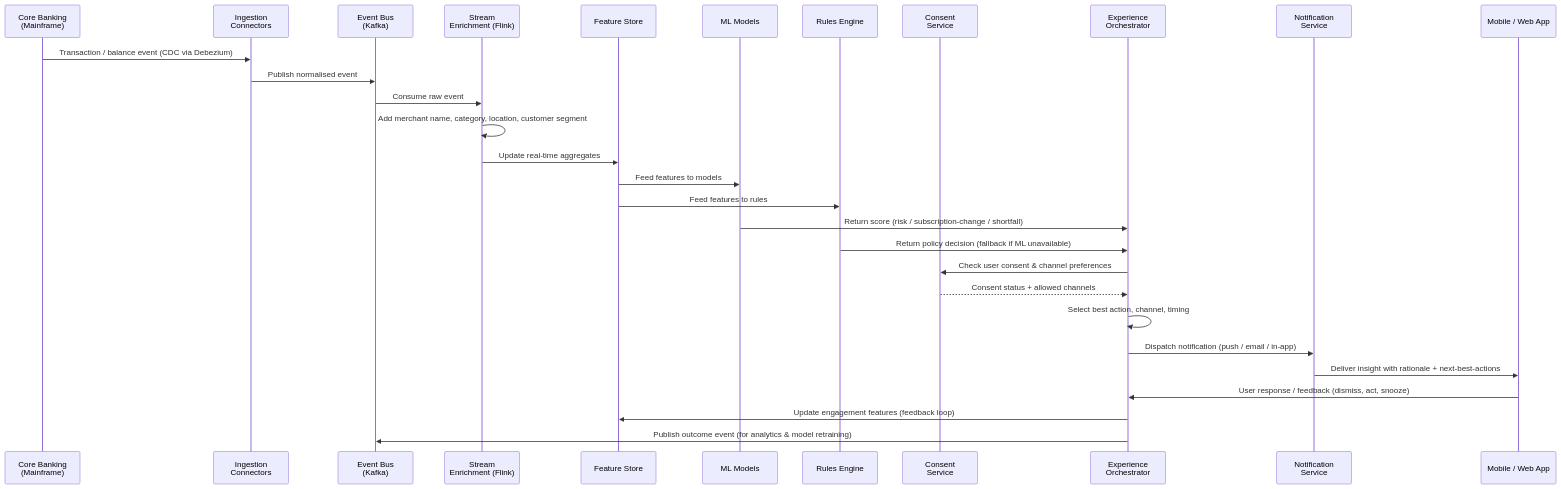
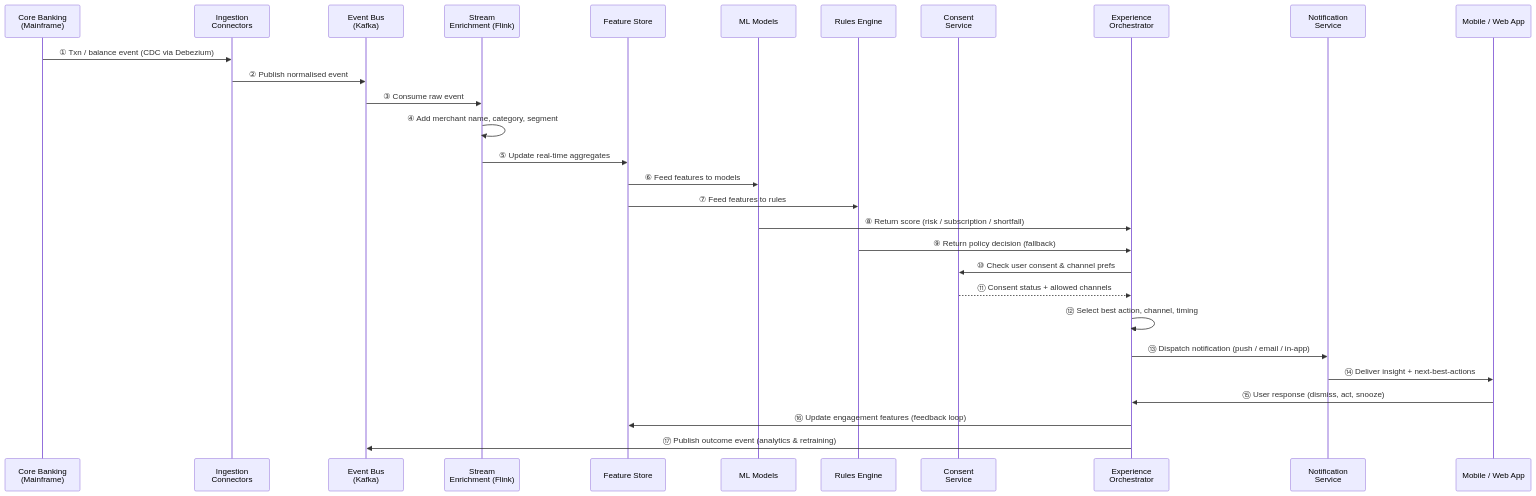
The second of 3 diagrams in module1-case-study.md (sameerrao20118/EAEP), drawn with Mermaid before and after one commit. The commit also changed other lines of this file, not shown here.

````diff
--- a/module1-case-study.md
+++ b/module1-case-study.md
@@ -280,32 +338,32 @@
 ```mermaid
 sequenceDiagram
     participant Core as Core Banking<br/>(Mainframe)
     participant Ingest as Ingestion<br/>Connectors
     participant Bus as Event Bus<br/>(Kafka)
     participant Enrich as Stream<br/>Enrichment (Flink)
     participant FS as Feature Store
     participant ML as ML Models
     participant Rules as Rules Engine
     participant Consent as Consent<br/>Service
     participant Orch as Experience<br/>Orchestrator
     participant Notif as Notification<br/>Service
     participant App as Mobile / Web App
 
-    Core->>Ingest: Transaction / balance event (CDC via Debezium)
-    Ingest->>Bus: Publish normalised event
-    Bus->>Enrich: Consume raw event
-    Enrich->>Enrich: Add merchant name, category, location, customer segment
-    Enrich->>FS: Update real-time aggregates
-    FS->>ML: Feed features to models
-    FS->>Rules: Feed features to rules
-    ML->>Orch: Return score (risk / subscription-change / shortfall)
-    Rules->>Orch: Return policy decision (fallback if ML unavailable)
-    Orch->>Consent: Check user consent & channel preferences
-    Consent-->>Orch: Consent status + allowed channels
-    Orch->>Orch: Select best action, channel, timing
-    Orch->>Notif: Dispatch notification (push / email / in-app)
-    Notif->>App: Deliver insight with rationale + next-best-actions
-    App->>Orch: User response / feedback (dismiss, act, snooze)
-    Orch->>FS: Update engagement features (feedback loop)
-    Orch->>Bus: Publish outcome event (for analytics & model retraining)
+    Core->>Ingest: ① Txn / balance event (CDC via Debezium)
+    Ingest->>Bus: ② Publish normalised event
+    Bus->>Enrich: ③ Consume raw event
+    Enrich->>Enrich: ④ Add merchant name, category, segment
+    Enrich->>FS: ⑤ Update real-time aggregates
+    FS->>ML: ⑥ Feed features to models
+    FS->>Rules: ⑦ Feed features to rules
+    ML->>Orch: ⑧ Return score (risk / subscription / shortfall)
+    Rules->>Orch: ⑨ Return policy decision (fallback)
+    Orch->>Consent: ⑩ Check user consent & channel prefs
+    Consent-->>Orch: ⑪ Consent status + allowed channels
+    Orch->>Orch: ⑫ Select best action, channel, timing
+    Orch->>Notif: ⑬ Dispatch notification (push / email / in-app)
+    Notif->>App: ⑭ Deliver insight + next-best-actions
+    App->>Orch: ⑮ User response (dismiss, act, snooze)
+    Orch->>FS: ⑯ Update engagement features (feedback loop)
+    Orch->>Bus: ⑰ Publish outcome event (analytics & retraining)
 ```
````
